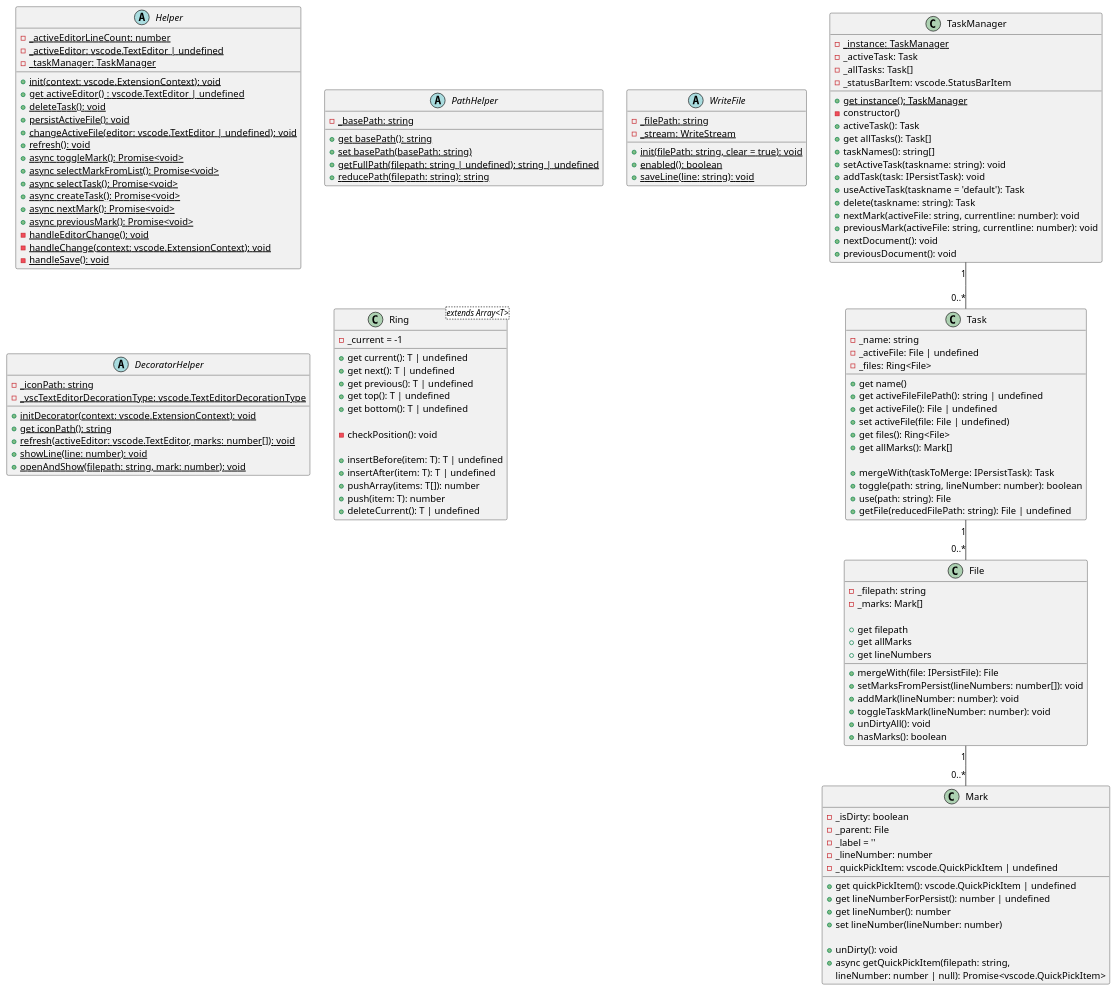
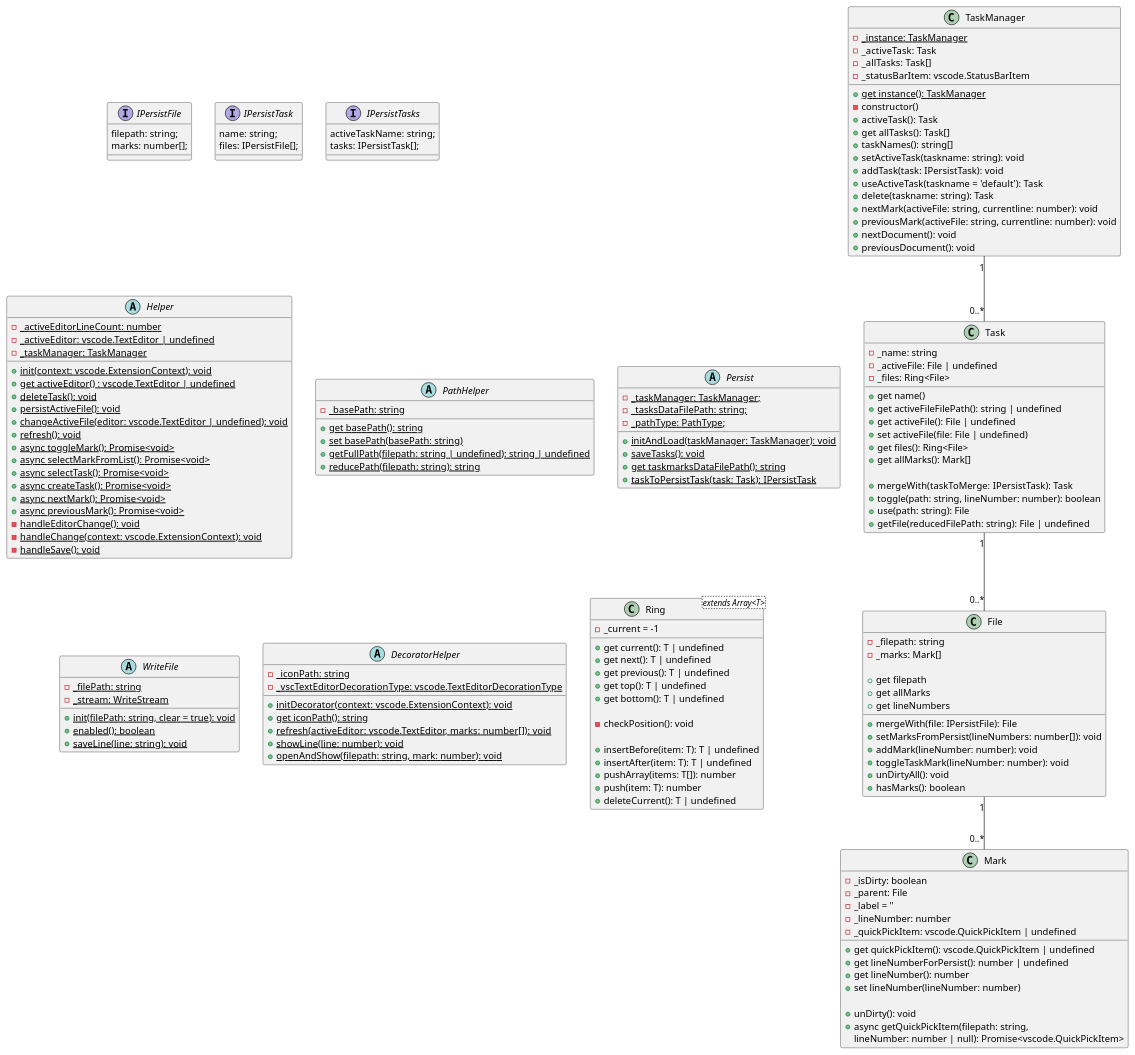
One commit to norbertK/taskmarks changed the diagram in docu/inMemory.puml. Above: the diagram before and after it, drawn with PlantUML. The commit also changed 9 other files, not shown here.

```diff
--- a/docu/inMemory.puml
+++ b/docu/inMemory.puml
@@ -3,146 +3,172 @@
 @startuml
+
+interface IPersistFile {
+  filepath: string;
+  marks: number[];
+}
+
+interface IPersistTask {
+  name: string;
+  files: IPersistFile[];
+}
+
+interface IPersistTasks {
+  activeTaskName: string;
+  tasks: IPersistTask[];
+}
+
 
 class TaskManager {
     -{static}_instance: TaskManager
     +{static}get instance(): TaskManager
     -constructor()
  -_activeTask: Task
  -_allTasks: Task[]
  -_statusBarItem: vscode.StatusBarItem
 
  +activeTask(): Task
  +get allTasks(): Task[]
  +taskNames(): string[]
  +setActiveTask(taskname: string): void
  +addTask(task: IPersistTask): void
  +useActiveTask(taskname = 'default'): Task
  +delete(taskname: string): Task
  +nextMark(activeFile: string, currentline: number): void
  +previousMark(activeFile: string, currentline: number): void
  +nextDocument(): void
  +previousDocument(): void
 }
 
 class Task {
  -_name: string
  -_activeFile: File | undefined
  -_files: Ring<File>
 
  +get name()
  +get activeFileFilePath(): string | undefined
  +get activeFile(): File | undefined
  +set activeFile(file: File | undefined)
  +get files(): Ring<File>
  +get allMarks(): Mark[] 
 
  +mergeWith(taskToMerge: IPersistTask): Task
  +toggle(path: string, lineNumber: number): boolean
  +use(path: string): File
  +getFile(reducedFilePath: string): File | undefined
 }
 
 abstract class Helper{
     -{static}_activeEditorLineCount: number
     -{static}_activeEditor: vscode.TextEditor | undefined
     -{static}_taskManager: TaskManager
     +{static}init(context: vscode.ExtensionContext): void
     +{static}get activeEditor() : vscode.TextEditor | undefined
     +{static}deleteTask(): void
     +{static}persistActiveFile(): void
     +{static}changeActiveFile(editor: vscode.TextEditor | undefined): void
     +{static}refresh(): void
     +{static}async toggleMark(): Promise<void>
     +{static}async selectMarkFromList(): Promise<void>
     +{static}async selectTask(): Promise<void>
     +{static}async createTask(): Promise<void>
     +{static}async nextMark(): Promise<void>
     +{static}async previousMark(): Promise<void>
     -{static}handleEditorChange(): void
     -{static}handleChange(context: vscode.ExtensionContext): void
     -{static}handleSave(): void
 }
 
 abstract class PathHelper{
     -{static}_basePath: string
     +{static}get basePath(): string
     +{static}set basePath(basePath: string)
     +{static}getFullPath(filepath: string | undefined): string | undefined
     +{static}reducePath(filepath: string): string
+}
+
+abstract class Persist{
+    -{static}_taskManager: TaskManager;
+    -{static}_tasksDataFilePath: string;
+    -{static}_pathType: PathType;
+    +{static}initAndLoad(taskManager: TaskManager): void
+    +{static}saveTasks(): void
+    +{static}get taskmarksDataFilePath(): string
+    +{static}taskToPersistTask(task: Task): IPersistTask
 }
 
 abstract class WriteFile{
     -{static}_filePath: string
     -{static}_stream: WriteStream
     +{static}init(filePath: string, clear = true): void
     +{static}enabled(): boolean
     +{static}saveLine(line: string): void
 }
 
 abstract class DecoratorHelper{
     -{static}_iconPath: string
     -{static}_vscTextEditorDecorationType: vscode.TextEditorDecorationType
     +{static}initDecorator(context: vscode.ExtensionContext): void
     +{static}get iconPath(): string
     +{static}refresh(activeEditor: vscode.TextEditor, marks: number[]): void
     +{static}showLine(line: number): void
     +{static}openAndShow(filepath: string, mark: number): void
 }
 
 class Ring<extends Array<T>> {
     -_current = -1
 
     +get current(): T | undefined
     +get next(): T | undefined
     +get previous(): T | undefined
     +get top(): T | undefined
     +get bottom(): T | undefined
     
     -checkPosition(): void
 
     +insertBefore(item: T): T | undefined
     +insertAfter(item: T): T | undefined
     +pushArray(items: T[]): number
     +push(item: T): number
     +deleteCurrent(): T | undefined
 
 
 }
 
 class File {
  -_filepath: string
  -_marks: Mark[]
 
  +get filepath
  +get allMarks
  +get lineNumbers
 
  +mergeWith(file: IPersistFile): File
  +setMarksFromPersist(lineNumbers: number[]): void
  +addMark(lineNumber: number): void
  +toggleTaskMark(lineNumber: number): void
  +unDirtyAll(): void
  +hasMarks(): boolean
 }
 
 class Mark {
  -_isDirty: boolean
  -_parent: File
  -_label = ''
  -_lineNumber: number
  -_quickPickItem: vscode.QuickPickItem | undefined
 
  +get quickPickItem(): vscode.QuickPickItem | undefined
  +get lineNumberForPersist(): number | undefined
  +get lineNumber(): number
  +set lineNumber(lineNumber: number)
 
  +unDirty(): void
  +async getQuickPickItem(filepath: string,
     lineNumber: number | null): Promise<vscode.QuickPickItem>
 }
 
 TaskManager "1" -- "0..*" Task
 Task "1" -- "0..*" File
 File "1" -- "0..*" Mark
 
 @enduml
```
